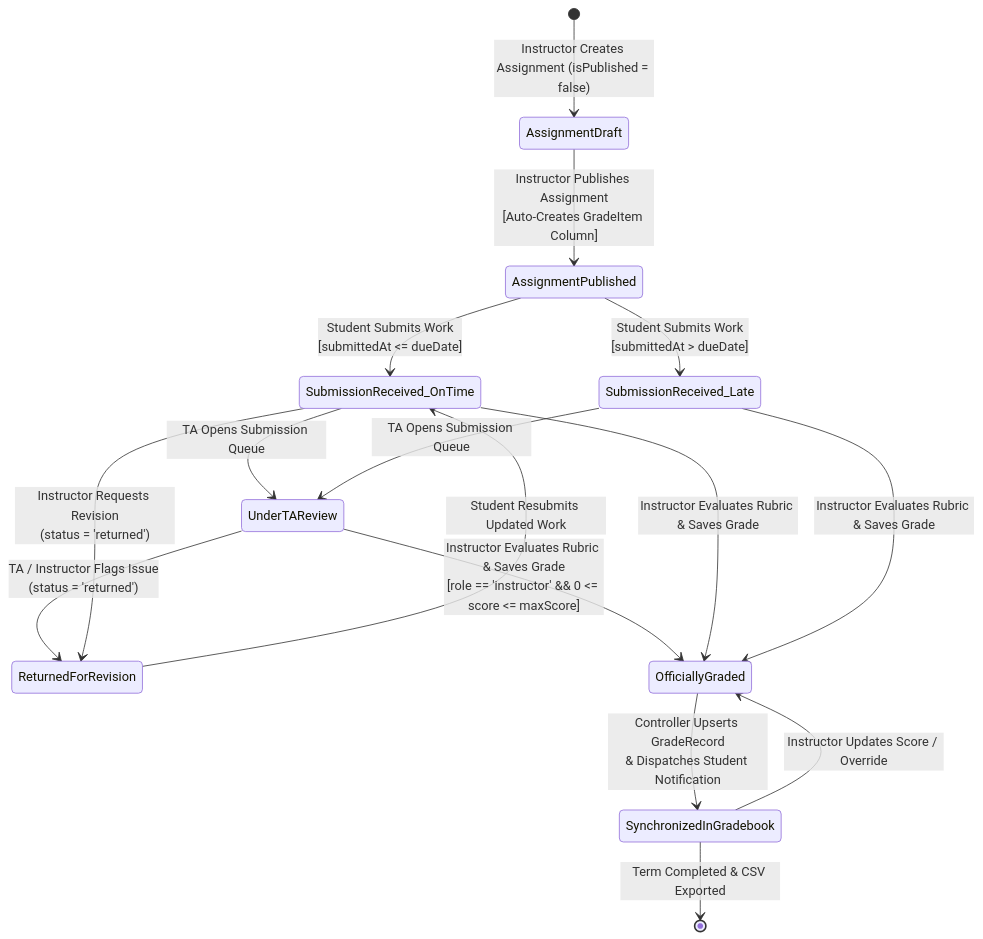
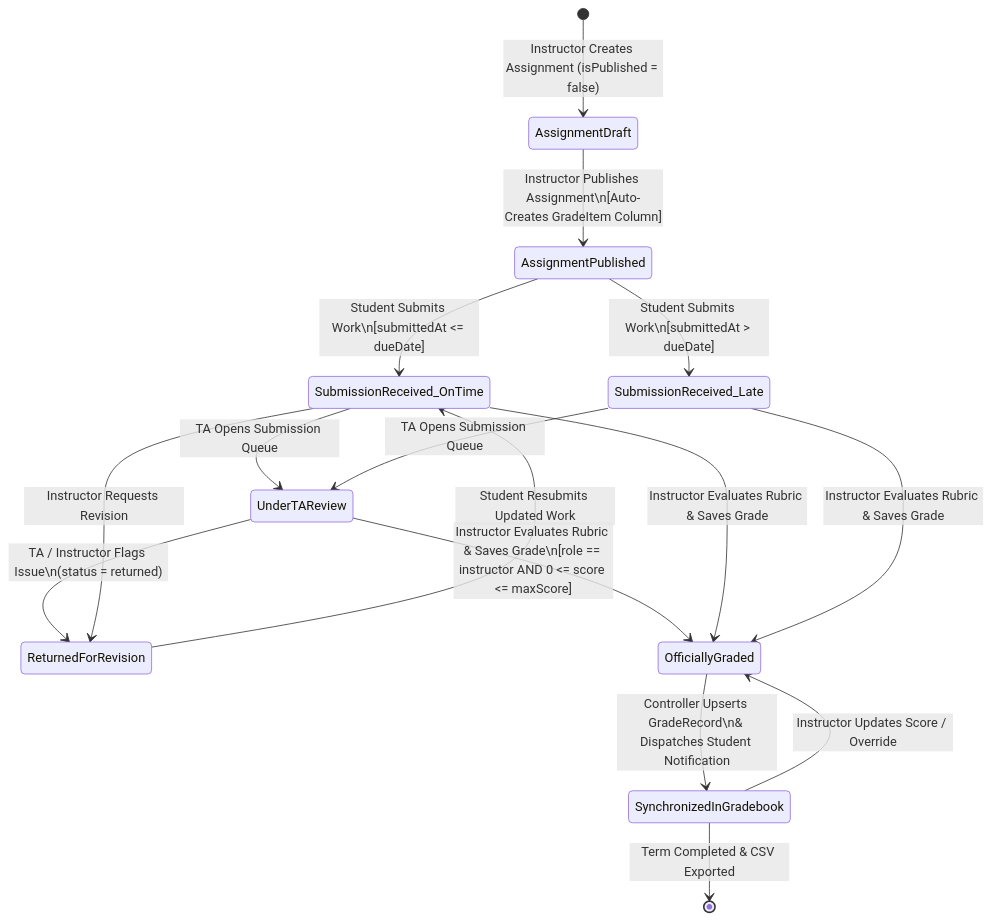
Before and after one commit to Leonard11223/INSTRUCTOR-: diagram 13 of 17 in INSTRUCTOR_SYSTEM_MODELING_DIAGRAMS.md, drawn with Mermaid. The commit also changed other lines of this file, not shown here.

Commit message:
Add complete Instructor system modeling diagrams — all 8 structural + 9 behavioral diagrams (MinSU E-Learn & Networking Academy)

````diff
--- a/INSTRUCTOR_SYSTEM_MODELING_DIAGRAMS.md
+++ b/INSTRUCTOR_SYSTEM_MODELING_DIAGRAMS.md
@@ -931,26 +671,26 @@
 ```mermaid
 stateDiagram-v2
     [*] --> AssignmentDraft : Instructor Creates Assignment (isPublished = false)
-    
-    AssignmentDraft --> AssignmentPublished : Instructor Publishes Assignment<br/>[Auto-Creates GradeItem Column]
-    
-    AssignmentPublished --> SubmissionReceived_OnTime : Student Submits Work<br/>[submittedAt <= dueDate]
-    AssignmentPublished --> SubmissionReceived_Late : Student Submits Work<br/>[submittedAt > dueDate]
-    
+
+    AssignmentDraft --> AssignmentPublished : Instructor Publishes Assignment\n[Auto-Creates GradeItem Column]
+
+    AssignmentPublished --> SubmissionReceived_OnTime : Student Submits Work\n[submittedAt <= dueDate]
+    AssignmentPublished --> SubmissionReceived_Late : Student Submits Work\n[submittedAt > dueDate]
+
     SubmissionReceived_OnTime --> UnderTAReview : TA Opens Submission Queue
     SubmissionReceived_Late --> UnderTAReview : TA Opens Submission Queue
-    
-    UnderTAReview --> ReturnedForRevision : TA / Instructor Flags Issue<br/>(status = 'returned')
-    SubmissionReceived_OnTime --> ReturnedForRevision : Instructor Requests Revision<br/>(status = 'returned')
-    
+
+    UnderTAReview --> ReturnedForRevision : TA / Instructor Flags Issue\n(status = returned)
+    SubmissionReceived_OnTime --> ReturnedForRevision : Instructor Requests Revision
+
     ReturnedForRevision --> SubmissionReceived_OnTime : Student Resubmits Updated Work
-    
-    UnderTAReview --> OfficiallyGraded : Instructor Evaluates Rubric & Saves Grade<br/>[role == 'instructor' && 0 <= score <= maxScore]
+
+    UnderTAReview --> OfficiallyGraded : Instructor Evaluates Rubric & Saves Grade\n[role == instructor AND 0 <= score <= maxScore]
     SubmissionReceived_OnTime --> OfficiallyGraded : Instructor Evaluates Rubric & Saves Grade
     SubmissionReceived_Late --> OfficiallyGraded : Instructor Evaluates Rubric & Saves Grade
-    
-    OfficiallyGraded --> SynchronizedInGradebook : Controller Upserts GradeRecord<br/>& Dispatches Student Notification
-    
+
+    OfficiallyGraded --> SynchronizedInGradebook : Controller Upserts GradeRecord\n& Dispatches Student Notification
+
     SynchronizedInGradebook --> OfficiallyGraded : Instructor Updates Score / Override
     SynchronizedInGradebook --> [*] : Term Completed & CSV Exported
 ```
````
